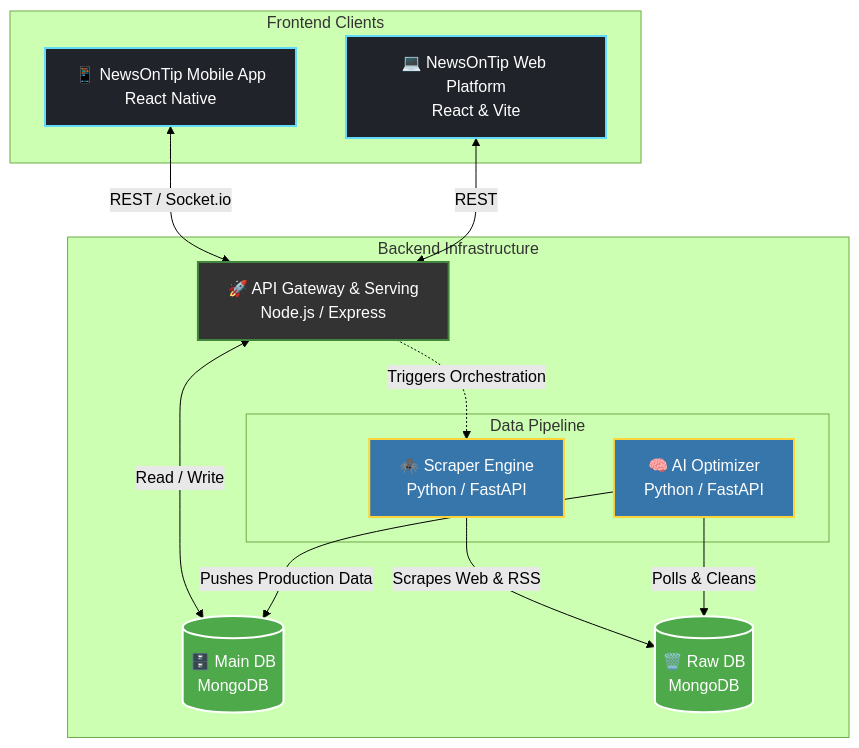
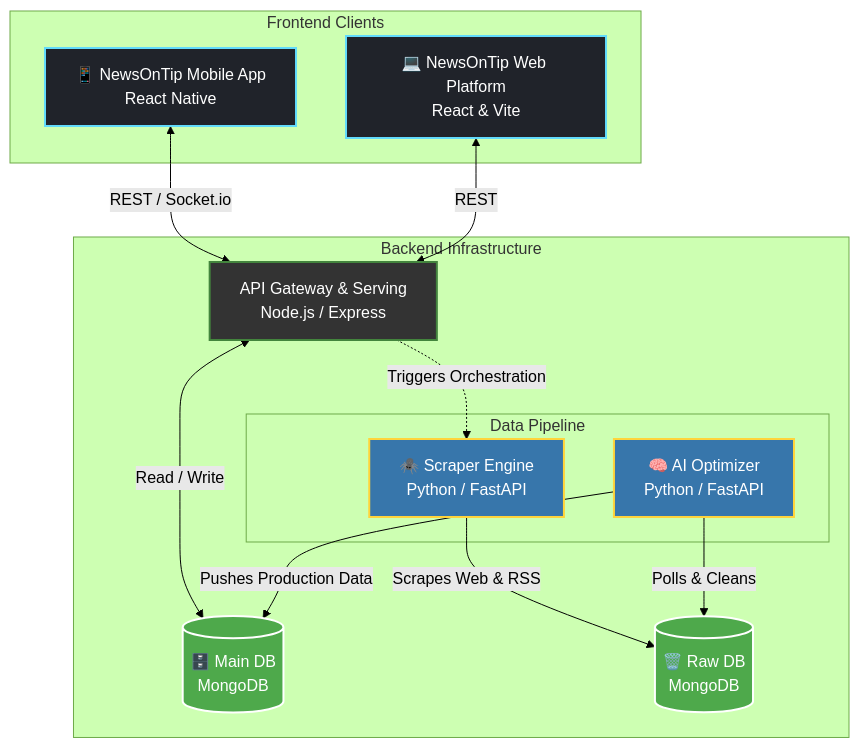
One commit to SoumyaranjanDS/inked-news changed the first of 2 diagrams in README.md. Above: the diagram before and after it, drawn with Mermaid (forest theme).

````diff
--- a/README.md
+++ b/README.md
@@ -20,36 +20,36 @@
 ```mermaid
 graph TD
     subgraph Frontend Clients
         Mobile[📱 NewsOnTip Mobile App<br/>React Native]
         Web[💻 NewsOnTip Web Platform<br/>React & Vite]
     end
 
     subgraph Backend Infrastructure
-        Gateway[🚀 API Gateway & Serving<br/>Node.js / Express]
+        Gateway[API Gateway & Serving<br/>Node.js / Express]
         
         subgraph Data Pipeline
             Scraper[🕷️ Scraper Engine<br/>Python / FastAPI]
             Optimizer[🧠 AI Optimizer<br/>Python / FastAPI]
         end
         
         DBMain[(🗄️ Main DB<br/>MongoDB)]
         DBRaw[(🗑️ Raw DB<br/>MongoDB)]
     end
 
     Mobile <-->|REST / Socket.io| Gateway
     Web <-->|REST| Gateway
     Gateway <-->|Read / Write| DBMain
     Gateway -.->|Triggers Orchestration| Scraper
 
     Scraper -->|Scrapes Web & RSS| DBRaw
     Optimizer -->|Polls & Cleans| DBRaw
     Optimizer -->|Pushes Production Data| DBMain
 
     style Mobile fill:#20232a,stroke:#61dafb,stroke-width:2px,color:#fff
     style Web fill:#20232a,stroke:#61dafb,stroke-width:2px,color:#fff
     style Gateway fill:#333,stroke:#43853d,stroke-width:2px,color:#fff
     style Scraper fill:#3776ab,stroke:#ffd43b,stroke-width:2px,color:#fff
     style Optimizer fill:#3776ab,stroke:#ffd43b,stroke-width:2px,color:#fff
     style DBMain fill:#4ea94b,stroke:#fff,stroke-width:2px,color:#fff
     style DBRaw fill:#4ea94b,stroke:#fff,stroke-width:2px,color:#fff
 ```
````
